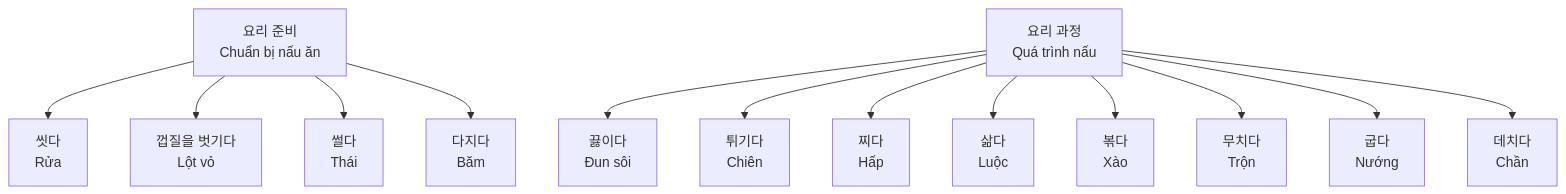
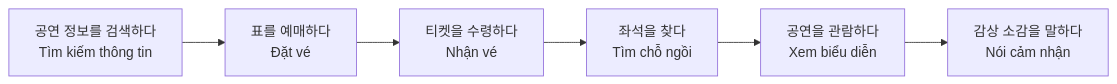
The second of 3 diagrams in src/content/soft-skills/korean/bai-7.md (khieu-dv/vievlog), drawn with Mermaid before and after one commit. The commit also changed other lines of this file and 6 other files, not shown here.

````diff
--- a/src/content/soft-skills/korean/bai-7.md
+++ b/src/content/soft-skills/korean/bai-7.md
@@ -77,16 +157,8 @@
 ```mermaid
-flowchart TD
-    A[요리 준비<br/>Chuẩn bị nấu ăn] --> B[씻다<br/>Rửa]
-    A --> C[껍질을 벗기다<br/>Lột vỏ]
-    A --> D[썰다<br/>Thái]
-    A --> E[다지다<br/>Băm]
-
-    F[요리 과정<br/>Quá trình nấu] --> G[끓이다<br/>Đun sôi]
-    F --> H[튀기다<br/>Chiên]
-    F --> I[찌다<br/>Hấp]
-    F --> J[삶다<br/>Luộc]
-    F --> K[볶다<br/>Xào]
-    F --> L[무치다<br/>Trộn]
-    F --> M[굽다<br/>Nướng]
-    F --> N[데치다<br/>Chần]
+graph LR
+    A[공연 정보를 검색하다<br/>Tìm kiếm thông tin] --> B[표를 예매하다<br/>Đặt vé]
+    B --> C[티켓을 수령하다<br/>Nhận vé]
+    C --> D[좌석을 찾다<br/>Tìm chỗ ngồi]
+    D --> E[공연을 관람하다<br/>Xem biểu diễn]
+    E --> F[감상 소감을 말하다<br/>Nói cảm nhận]
 ```
````
